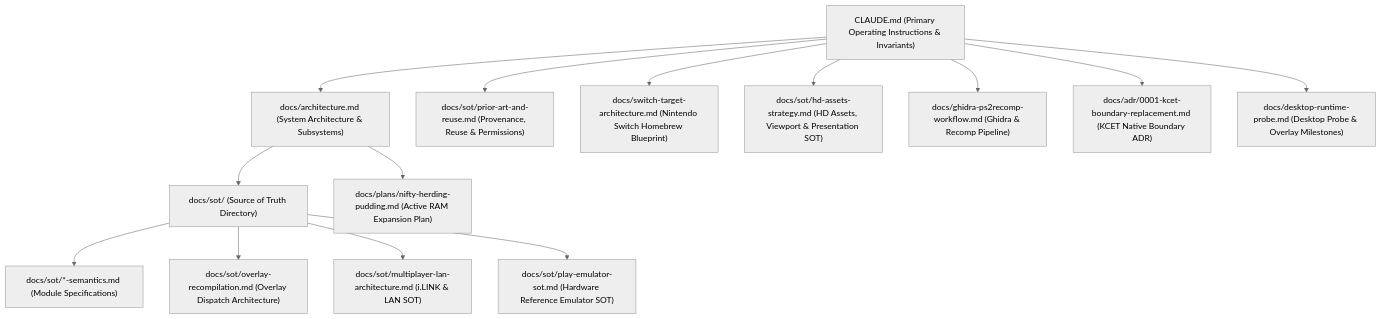
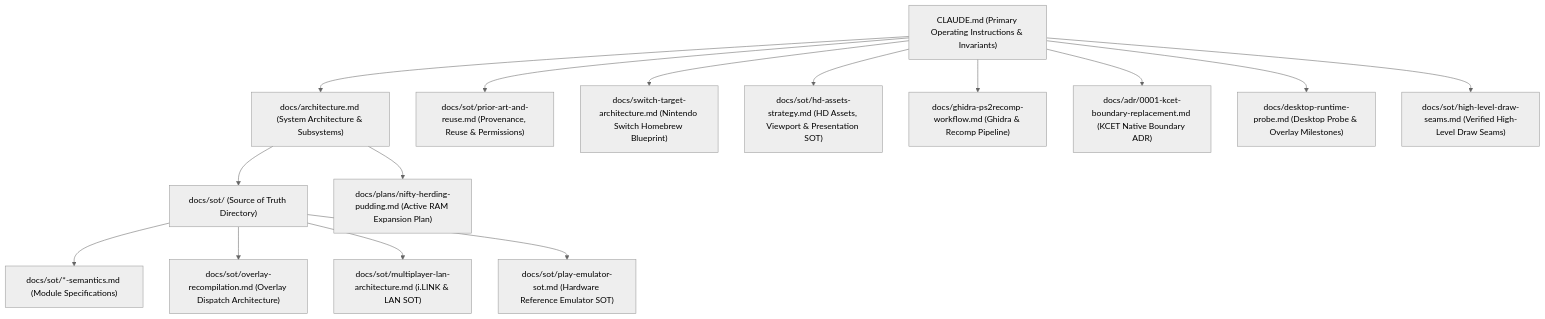
One commit to samuelcaldas/aoe2-ps2-recomp changed the diagram in docs/README.md. Above: the diagram before and after it, drawn with Mermaid (neutral theme). The commit also changed other lines of this file and 18 other files, not shown here.

````diff
--- a/docs/README.md
+++ b/docs/README.md
@@ -9,18 +9,19 @@
 ```mermaid
 flowchart TD
     ROOT["CLAUDE.md (Primary Operating Instructions & Invariants)"] --> ARCH["docs/architecture.md (System Architecture & Subsystems)"]
     ROOT --> SOT_PRIOR["docs/sot/prior-art-and-reuse.md (Provenance, Reuse & Permissions)"]
     ROOT --> SWITCH["docs/switch-target-architecture.md (Nintendo Switch Homebrew Blueprint)"]
     ROOT --> HD_STRAT["docs/sot/hd-assets-strategy.md (HD Assets, Viewport & Presentation SOT)"]
     ROOT --> WORKFLOW["docs/ghidra-ps2recomp-workflow.md (Ghidra & Recomp Pipeline)"]
     ROOT --> ADR["docs/adr/0001-kcet-boundary-replacement.md (KCET Native Boundary ADR)"]
     ROOT --> PROBE["docs/desktop-runtime-probe.md (Desktop Probe & Overlay Milestones)"]
+    ROOT --> DRAW_SEAMS["docs/sot/high-level-draw-seams.md (Verified High-Level Draw Seams)"]
 
     ARCH --> SOT_INDEX["docs/sot/ (Source of Truth Directory)"]
     SOT_INDEX --> SOT_SEMANTICS["docs/sot/*-semantics.md (Module Specifications)"]
     SOT_INDEX --> SOT_OVERLAY["docs/sot/overlay-recompilation.md (Overlay Dispatch Architecture)"]
     SOT_INDEX --> SOT_LAN["docs/sot/multiplayer-lan-architecture.md (i.LINK & LAN SOT)"]
     SOT_INDEX --> SOT_PLAY["docs/sot/play-emulator-sot.md (Hardware Reference Emulator SOT)"]
 
     ARCH --> ACTIVE_PLAN["docs/plans/nifty-herding-pudding.md (Active RAM Expansion Plan)"]
 ```
````
